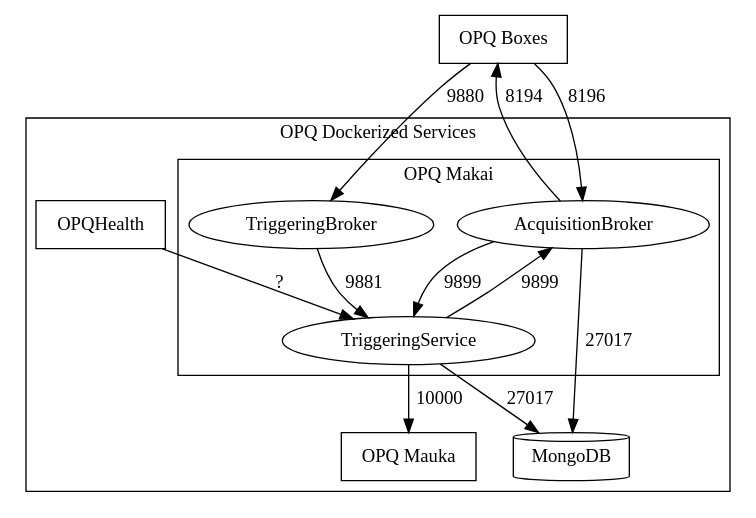
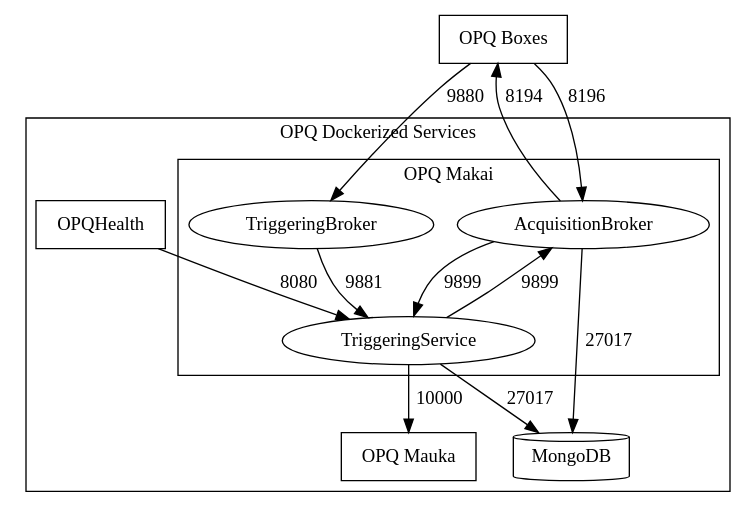
One commit to openpowerquality/opq changed the diagram in makai/makai.dot. Above: the diagram before and after it, drawn with Graphviz.

Commit message:
Update makai port diagram.

```diff
--- a/makai/makai.dot
+++ b/makai/makai.dot
@@ -1,31 +1,31 @@
 digraph makai {
     OPQBoxes[shape="box", label="OPQ Boxes"]
 
     subgraph cluster_opq {
         label = "OPQ Dockerized Services"
         OPQMauka[shape=box, label="OPQ Mauka"]
         MongoDB[shape=cylinder]
         OPQHealth[shape=box]
 
         subgraph cluster_makai {
             label = "OPQ Makai";
             AcquisitionBroker
             TriggeringBroker
             TriggeringService
         }
     }
 
     OPQBoxes -> AcquisitionBroker [label=8196]
     AcquisitionBroker -> OPQBoxes [label=8194]
     AcquisitionBroker -> TriggeringService [label=9899]
     AcquisitionBroker -> MongoDB [label=27017]
 
     TriggeringService -> OPQMauka [label=10000]
     TriggeringService -> MongoDB [label=27017]
     TriggeringService -> AcquisitionBroker [label=9899]
 
     OPQBoxes -> TriggeringBroker [label=9880]
     TriggeringBroker -> TriggeringService [label=9881]
 
-    OPQHealth -> TriggeringService [label="?"]
+    OPQHealth -> TriggeringService [label=8080]
 }
```
